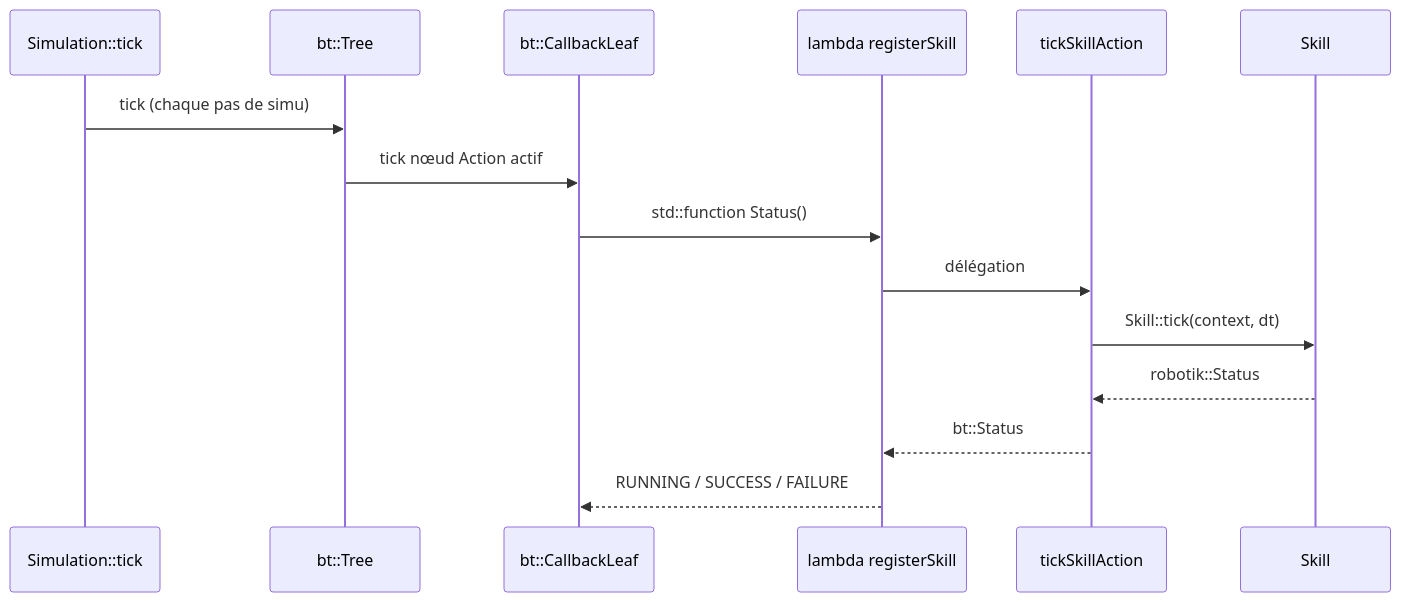
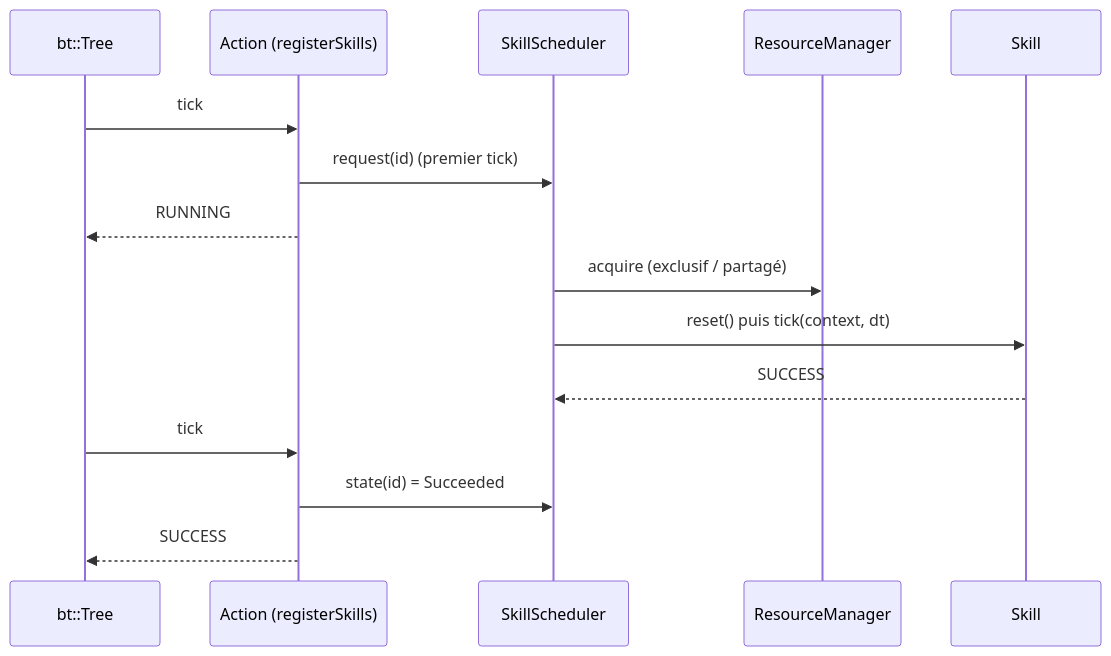
The diagram in doc/BehaviorTree-et-Skills.md (Lecrapouille/Robotik), drawn with Mermaid before and after one commit. The commit also changed other lines of this file and 128 other files, not shown here.

````diff
--- a/doc/BehaviorTree-et-Skills.md
+++ b/doc/BehaviorTree-et-Skills.md
@@ -21,18 +13,18 @@
 ```mermaid
 sequenceDiagram
-    participant Sim as Simulation::tick
     participant BT as bt::Tree
-    participant Leaf as bt::CallbackLeaf
-    participant Reg as lambda registerSkill
-    participant TS as tickSkillAction
-    participant Sk as Skill
+    participant Leaf as Action (registerSkills)
+    participant S as SkillScheduler
+    participant R as ResourceManager
+    participant K as Skill
 
-    Sim->>BT: tick (chaque pas de simu)
-    BT->>Leaf: tick nœud Action actif
-    Leaf->>Reg: std::function Status()
-    Reg->>TS: délégation
-    TS->>Sk: Skill::tick(context, dt)
-    Sk-->>TS: robotik::Status
-    TS-->>Reg: bt::Status
-    Reg-->>Leaf: RUNNING / SUCCESS / FAILURE
+    BT->>Leaf: tick
+    Leaf->>S: request(id) (premier tick)
+    Leaf-->>BT: RUNNING
+    S->>R: acquire (exclusif / partagé)
+    S->>K: reset() puis tick(context, dt)
+    K-->>S: SUCCESS
+    BT->>Leaf: tick
+    Leaf->>S: state(id) = Succeeded
+    Leaf-->>BT: SUCCESS
 ```
````
